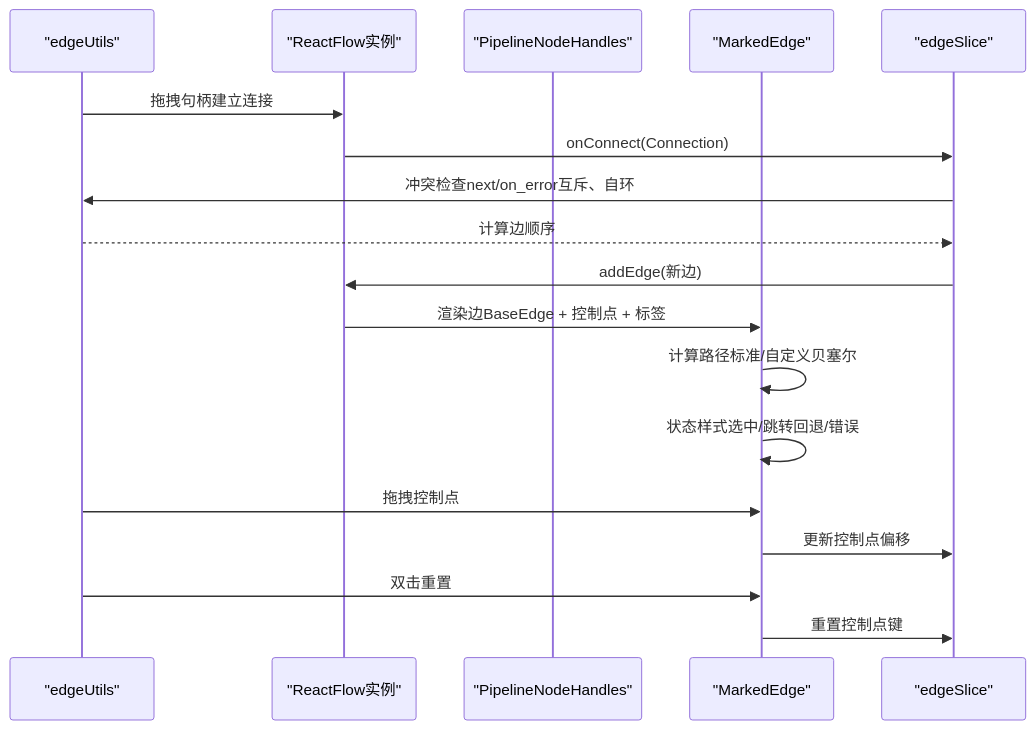
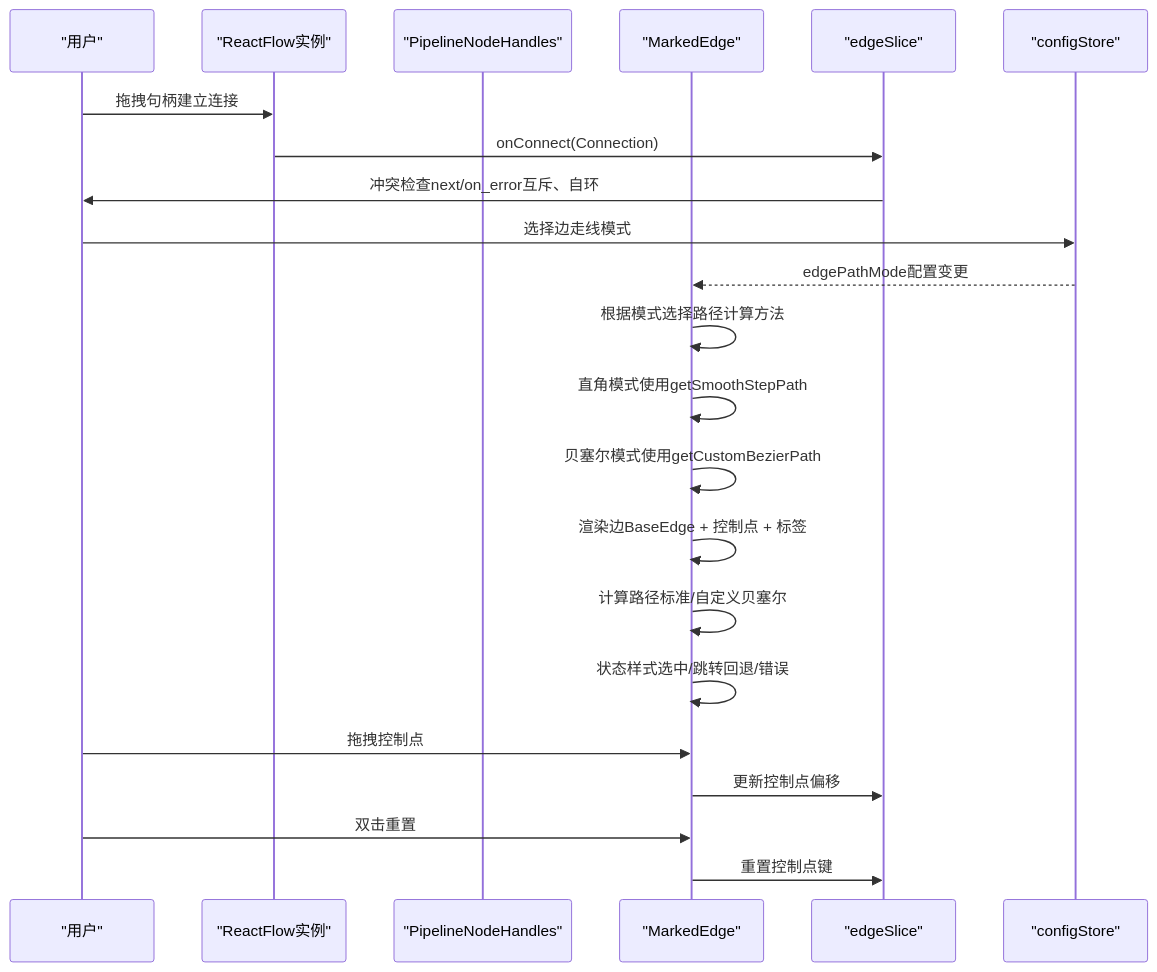
The second of 6 diagrams in .qoder/repowiki/zh/content/工作流编辑器/连接系统.md (kqcoxn/MaaPipelineEditor), drawn with Mermaid before and after one commit. The commit also changed other lines of this file and 3 other files, not shown here.

````diff
--- a/.qoder/repowiki/zh/content/工作流编辑器/连接系统.md
+++ b/.qoder/repowiki/zh/content/工作流编辑器/连接系统.md
@@ -118,21 +137,24 @@
 ```mermaid
 sequenceDiagram
 participant U as "用户"
 participant RF as "ReactFlow实例"
 participant H as "PipelineNodeHandles"
 participant E as "MarkedEdge"
 participant S as "edgeSlice"
-participant U as "edgeUtils"
+participant C as "configStore"
 U->>RF : 拖拽句柄建立连接
 RF->>S : onConnect(Connection)
 S->>U : 冲突检查next/on_error互斥、自环
-U-->>S : 计算边顺序
-S->>RF : addEdge(新边)
-RF->>E : 渲染边BaseEdge + 控制点 + 标签
+U->>C : 选择边走线模式
+C-->>E : edgePathMode配置变更
+E->>E : 根据模式选择路径计算方法
+E->>E : 直角模式使用getSmoothStepPath
+E->>E : 贝塞尔模式使用getCustomBezierPath
+E->>E : 渲染边BaseEdge + 控制点 + 标签
 E->>E : 计算路径标准/自定义贝塞尔
 E->>E : 状态样式选中/跳转回退/错误
 U->>E : 拖拽控制点
 E->>S : 更新控制点偏移
 U->>E : 双击重置
 E->>S : 重置控制点键
 ```
````
